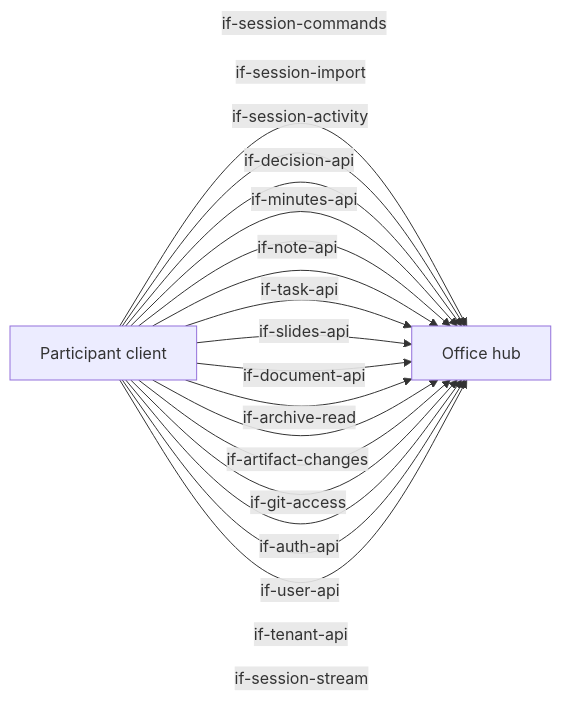
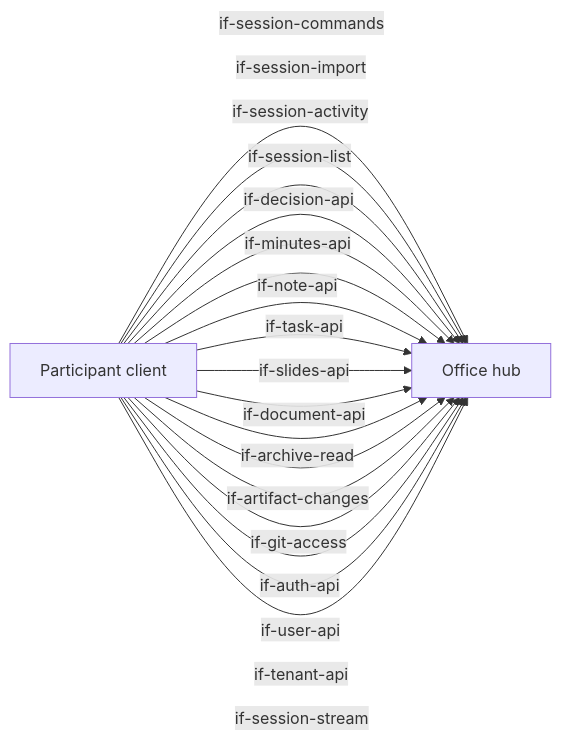
The first of 3 diagrams in docs/architecture/05-building-blocks.arc42.md (mrsimpson/agentic-office), drawn with Mermaid before and after one commit. The commit also changed other lines of this file and 28 other files, not shown here.

First line of the commit message:
feat: list the sessions that a user may see, in the portal and the CLI (if-session-list) (#185)

````diff
--- a/docs/architecture/05-building-blocks.arc42.md
+++ b/docs/architecture/05-building-blocks.arc42.md
@@ -25,21 +25,22 @@
 ```mermaid
 flowchart LR
     bb_office_hub[Office hub]
     bb_participant_client[Participant client]
     bb_participant_client -->|if-session-commands| bb_office_hub
     bb_participant_client -->|if-session-import| bb_office_hub
     bb_participant_client -->|if-session-activity| bb_office_hub
+    bb_participant_client -->|if-session-list| bb_office_hub
     bb_participant_client -->|if-decision-api| bb_office_hub
     bb_participant_client -->|if-minutes-api| bb_office_hub
     bb_participant_client -->|if-note-api| bb_office_hub
     bb_participant_client -->|if-task-api| bb_office_hub
     bb_participant_client -->|if-slides-api| bb_office_hub
     bb_participant_client -->|if-document-api| bb_office_hub
     bb_participant_client -->|if-archive-read| bb_office_hub
     bb_participant_client -->|if-artifact-changes| bb_office_hub
     bb_participant_client -->|if-git-access| bb_office_hub
     bb_participant_client -->|if-auth-api| bb_office_hub
     bb_participant_client -->|if-user-api| bb_office_hub
     bb_participant_client -->|if-tenant-api| bb_office_hub
     bb_participant_client -->|if-session-stream| bb_office_hub
 ```
````
